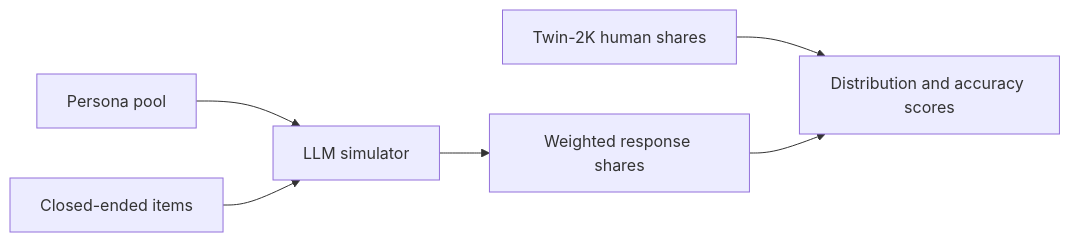
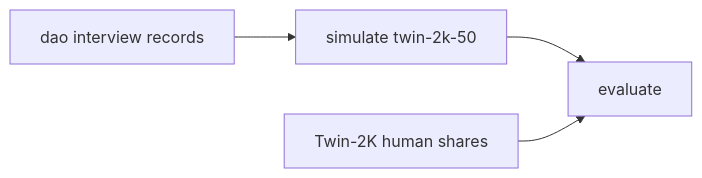
One commit to csxAIEngineer/BenchMarkForSimulation changed the diagram in README.md. Above: the diagram before and after it, drawn with Mermaid. The commit also changed other lines of this file and 27 other files, not shown here.

````diff
--- a/README.md
+++ b/README.md
@@ -20,14 +18,10 @@
 ```mermaid
 flowchart LR
-  personas[Persona pool]
-  items[Closed-ended items]
-  llm[LLM simulator]
-  agg[Weighted response shares]
+  dao[dao interview records]
+  sim[simulate twin-2k-50]
+  ev[evaluate]
   human[Twin-2K human shares]
-  score[Distribution and accuracy scores]
-  personas --> llm
-  items --> llm
-  llm --> agg
-  human --> score
-  agg --> score
+  dao --> sim
+  sim --> ev
+  human --> ev
 ```
````
